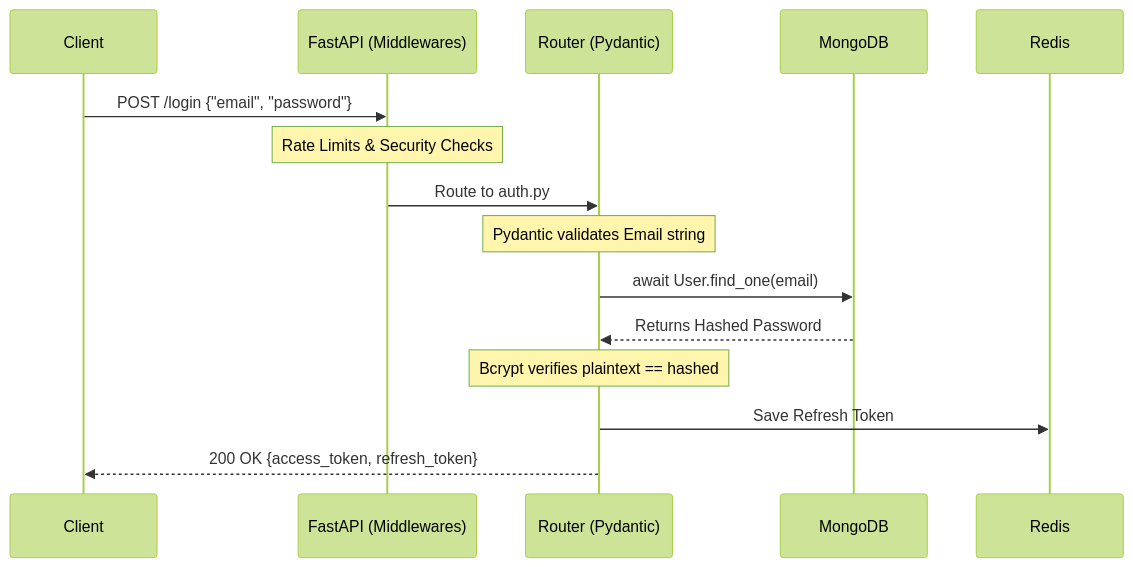
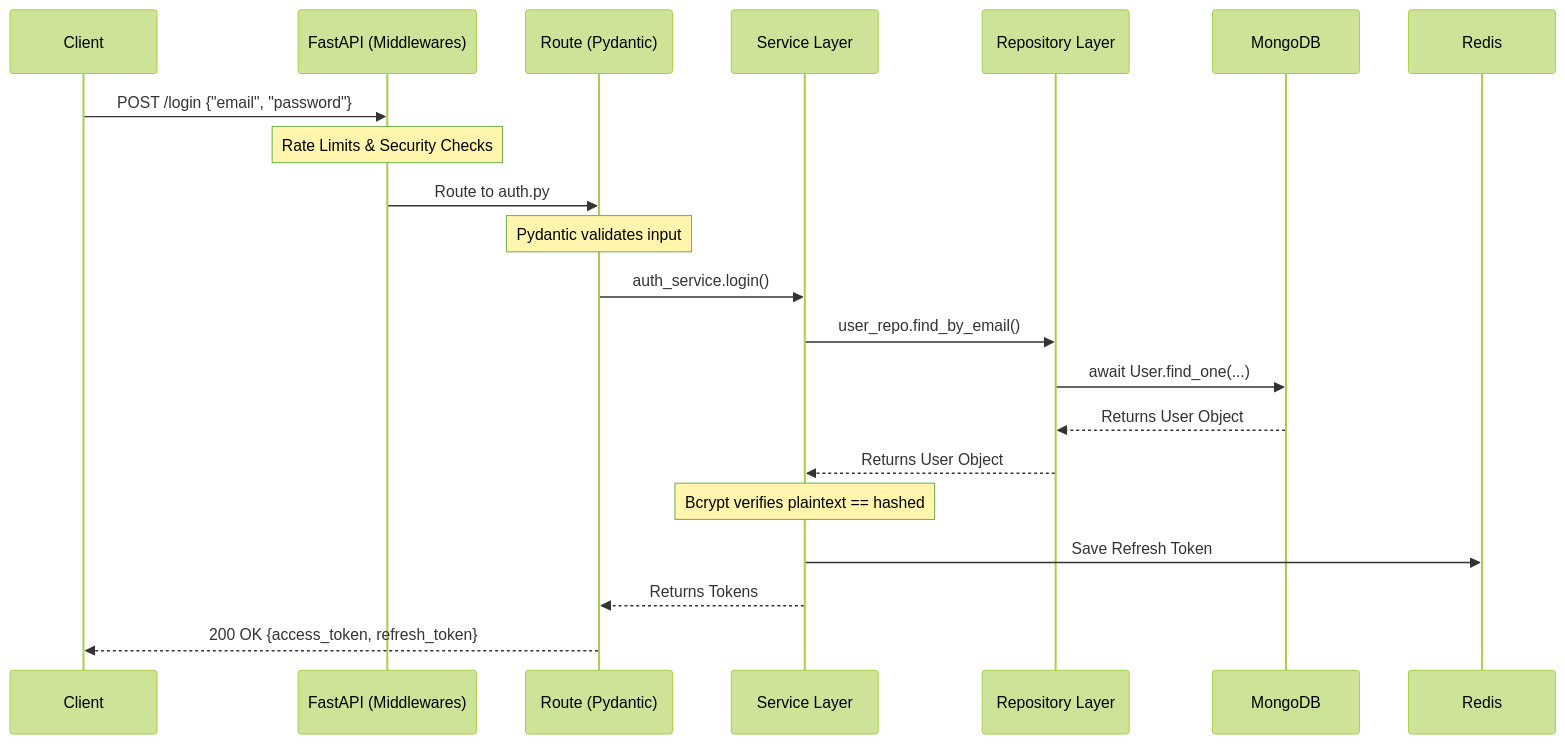
One commit to Tanmoy2099/Fastapi-practice-project changed the second of 3 diagrams in README.md. Above: the diagram before and after it, drawn with Mermaid (forest theme). The commit also changed other lines of this file and 4 other files, not shown here.

Commit message:
feat: Introduce and document the Service and Repository layers, updating the main README and creating new documentation for the architectural changes.

````diff
--- a/README.md
+++ b/README.md
@@ -85,18 +91,24 @@
 ```mermaid
 sequenceDiagram
     participant C as Client
     participant F as FastAPI (Middlewares)
-    participant R as Router (Pydantic)
+    participant R as Route (Pydantic)
+    participant S as Service Layer
+    participant Repo as Repository Layer
     participant M as MongoDB
     participant Re as Redis
 
     C->>F: POST /login {"email", "password"}
     Note over F: Rate Limits & Security Checks
     F->>R: Route to auth.py
-    Note over R: Pydantic validates Email string
-    R->>M: await User.find_one(email)
-    M-->>R: Returns Hashed Password
-    Note over R: Bcrypt verifies plaintext == hashed
-    R->>Re: Save Refresh Token
+    Note over R: Pydantic validates input
+    R->>S: auth_service.login()
+    S->>Repo: user_repo.find_by_email()
+    Repo->>M: await User.find_one(...)
+    M-->>Repo: Returns User Object
+    Repo-->>S: Returns User Object
+    Note over S: Bcrypt verifies plaintext == hashed
+    S->>Re: Save Refresh Token
+    S-->>R: Returns Tokens
     R-->>C: 200 OK {access_token, refresh_token}
 ```
````
